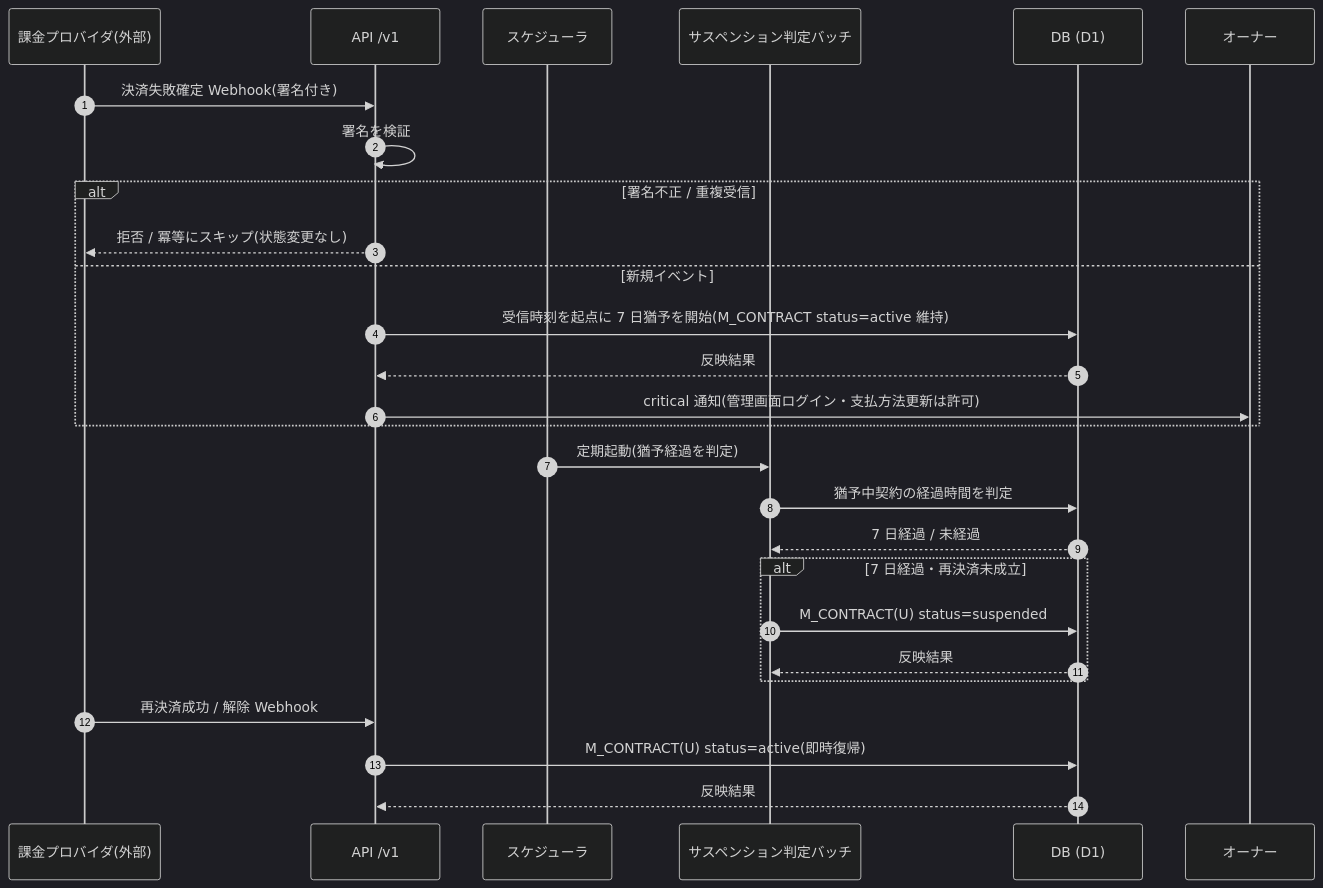
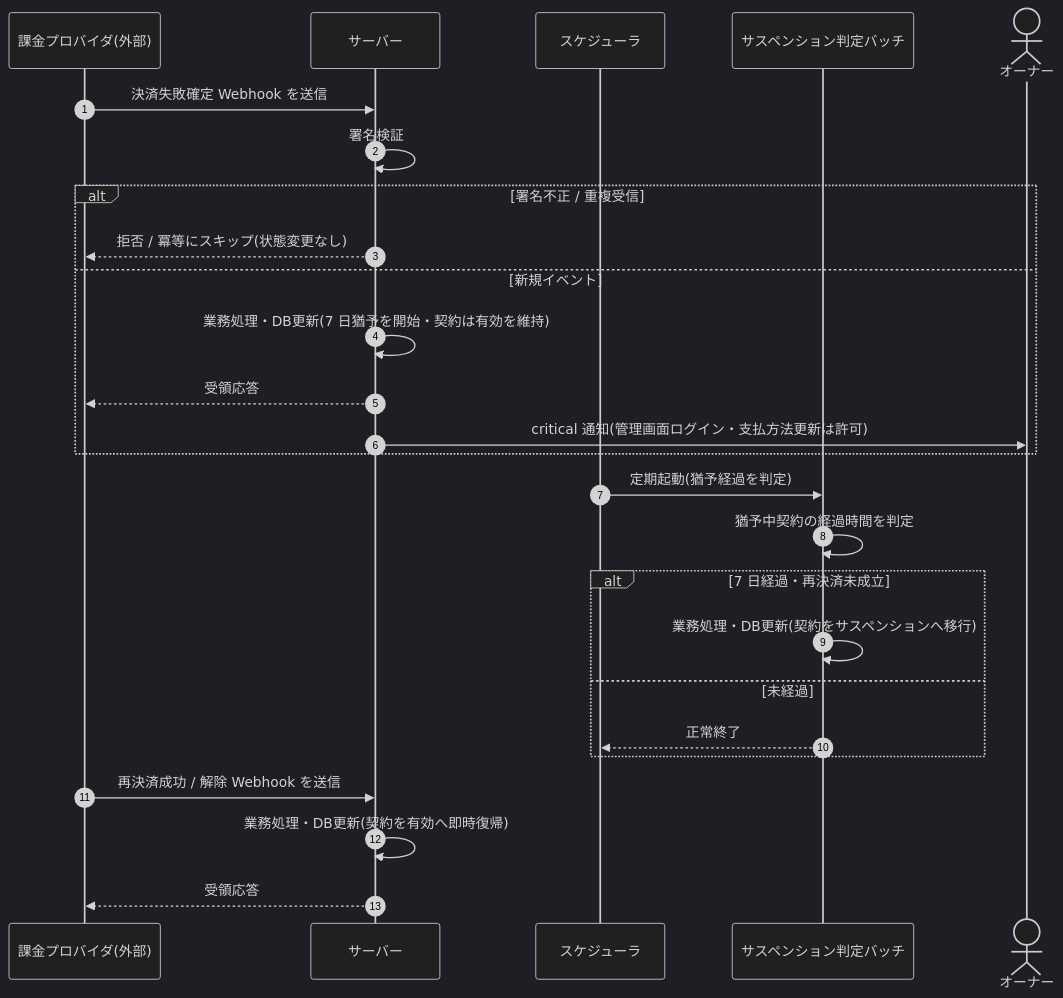
One commit to sikakou54/open-faq changed the diagram in 02_basic_design/05_sequences/SEQ-101.md. Above: the diagram before and after it, drawn with Mermaid (dark theme). The commit also changed other lines of this file and 108 other files, not shown here.

First line of the commit message:
基本設計: シーケンス図を基本設計粒度(ユーザー/画面/サーバー)へ再編成

````diff
--- a/02_basic_design/05_sequences/SEQ-101.md
+++ b/02_basic_design/05_sequences/SEQ-101.md
@@ -25,29 +32,28 @@
 ```mermaid
 sequenceDiagram
   autonumber
   participant P as 課金プロバイダ(外部)
-  participant API as API /v1
+  participant Server as サーバー
   participant SCH as スケジューラ
   participant B as サスペンション判定バッチ
-  participant DB as DB (D1)
-  participant O as オーナー
-  P->>API: 決済失敗確定 Webhook(署名付き)
-  API->>API: 署名を検証
+  actor O as オーナー
+  P->>Server: 決済失敗確定 Webhook を送信
+  Server->>Server: 署名検証
   alt 署名不正 / 重複受信
-    API-->>P: 拒否 / 冪等にスキップ(状態変更なし)
+    Server-->>P: 拒否 / 冪等にスキップ(状態変更なし)
   else 新規イベント
-    API->>DB: 受信時刻を起点に 7 日猶予を開始(M_CONTRACT status=active 維持)
-    DB-->>API: 反映結果
-    API->>O: critical 通知(管理画面ログイン・支払方法更新は許可)
+    Server->>Server: 業務処理・DB更新(7 日猶予を開始・契約は有効を維持)
+    Server-->>P: 受領応答
+    Server->>O: critical 通知(管理画面ログイン・支払方法更新は許可)
   end
   SCH->>B: 定期起動(猶予経過を判定)
-  B->>DB: 猶予中契約の経過時間を判定
-  DB-->>B: 7 日経過 / 未経過
+  B->>B: 猶予中契約の経過時間を判定
   alt 7 日経過・再決済未成立
-    B->>DB: M_CONTRACT(U) status=suspended
-    DB-->>B: 反映結果
+    B->>B: 業務処理・DB更新(契約をサスペンションへ移行)
+  else 未経過
+    B-->>SCH: 正常終了
   end
-  P->>API: 再決済成功 / 解除 Webhook
-  API->>DB: M_CONTRACT(U) status=active(即時復帰)
-  DB-->>API: 反映結果
+  P->>Server: 再決済成功 / 解除 Webhook を送信
+  Server->>Server: 業務処理・DB更新(契約を有効へ即時復帰)
+  Server-->>P: 受領応答
 ```
````
